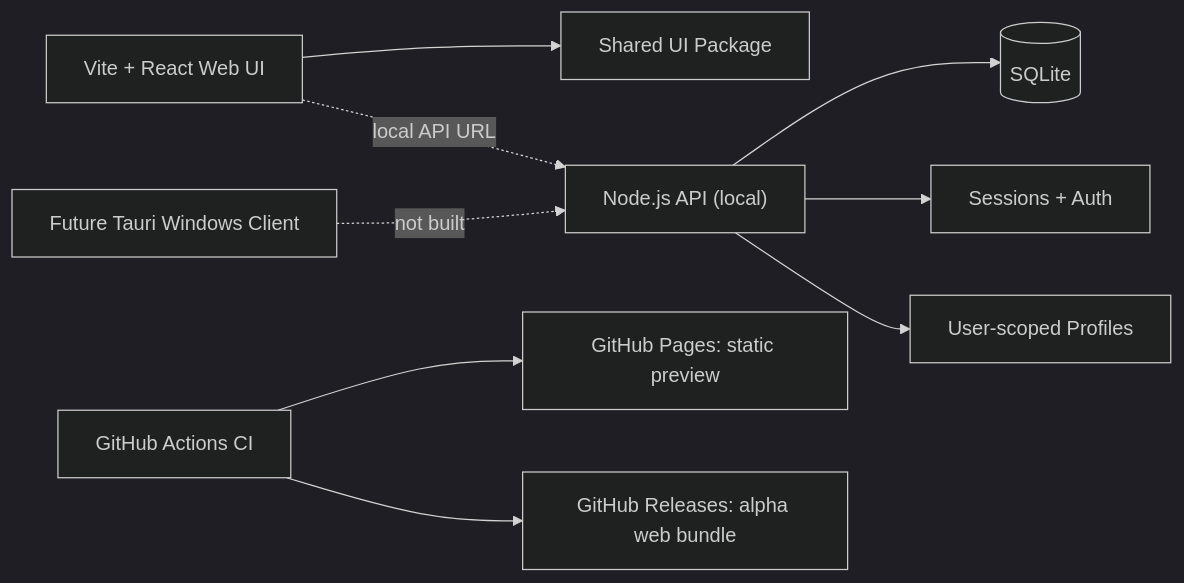
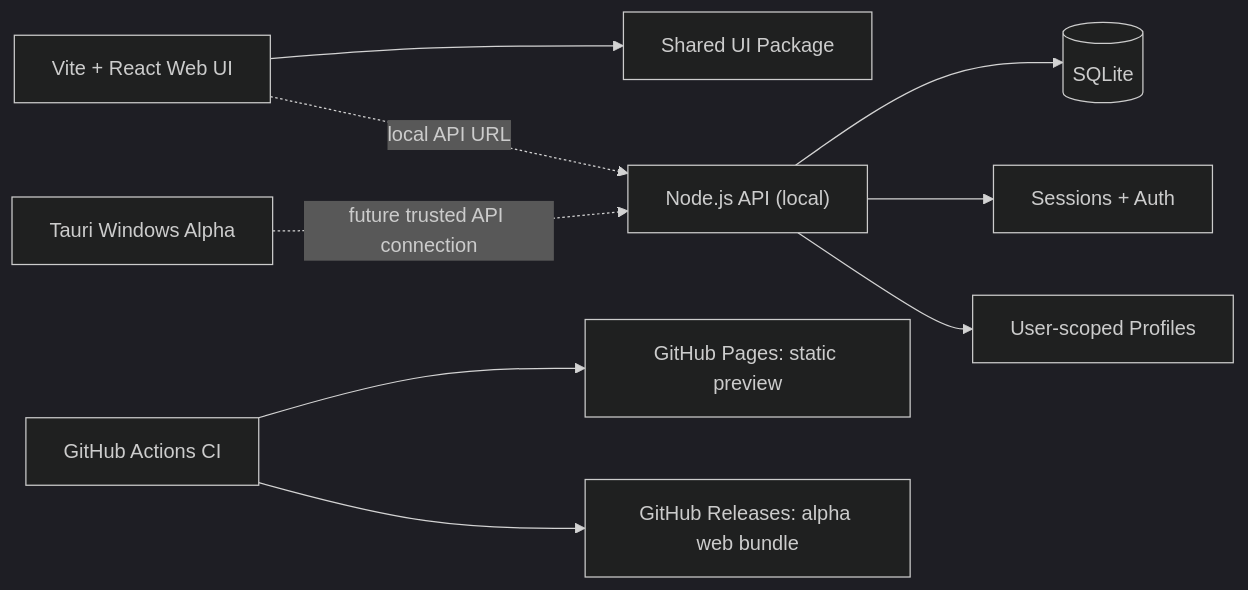
Before and after one commit to migtam628/dma_hub: the diagram in README.md, drawn with Mermaid (dark theme). The commit also changed other lines of this file and 8 other files, not shown here.

````diff
--- a/README.md
+++ b/README.md
@@ -47,11 +47,11 @@
 ```mermaid
 flowchart LR
   Web["Vite + React Web UI"] --> UI["Shared UI Package"]
   Web -. "local API URL" .-> API["Node.js API (local)"]
   API --> DB[("SQLite")]
   API --> Sess["Sessions + Auth"]
   API --> Profiles["User-scoped Profiles"]
   CI["GitHub Actions CI"] --> Pages["GitHub Pages: static preview"]
   CI --> Releases["GitHub Releases: alpha web bundle"]
-  Future["Future Tauri Windows Client"] -. "not built" .-> API
+  Desktop["Tauri Windows Alpha"] -. "future trusted API connection" .-> API
 ```
````
